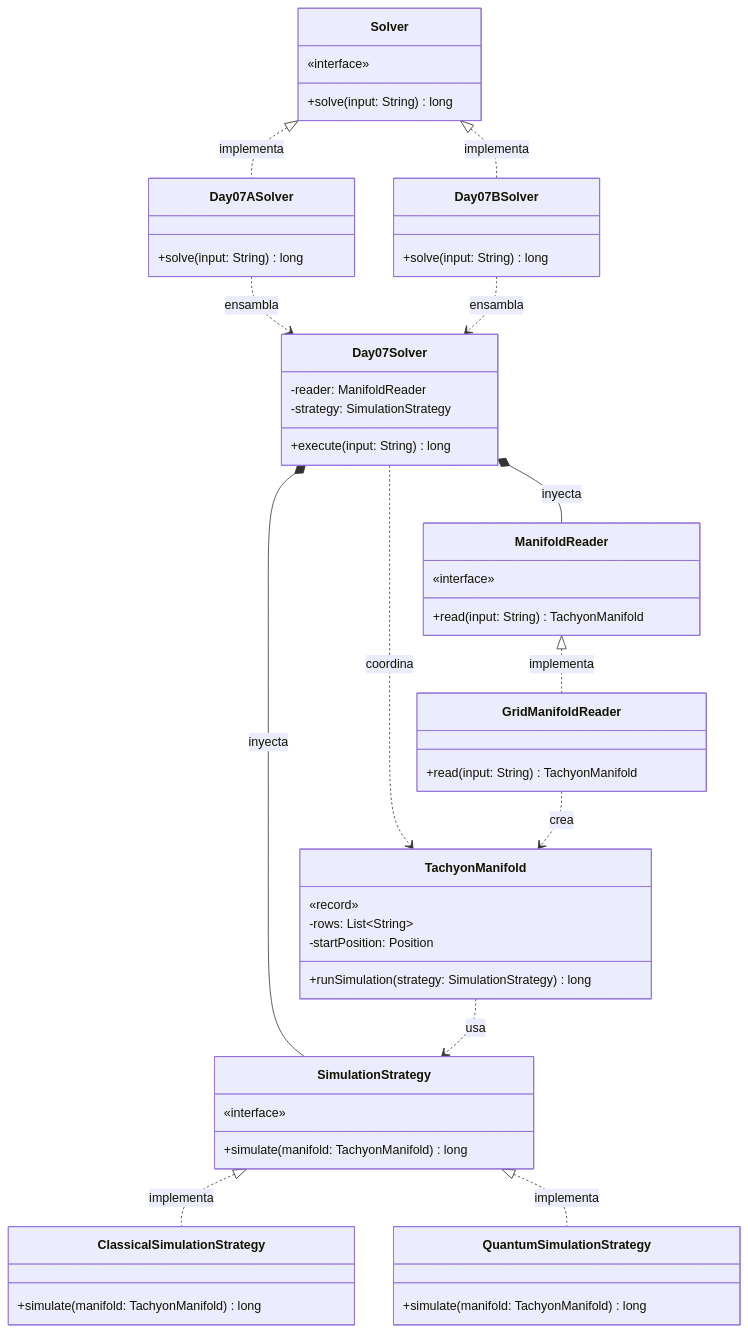
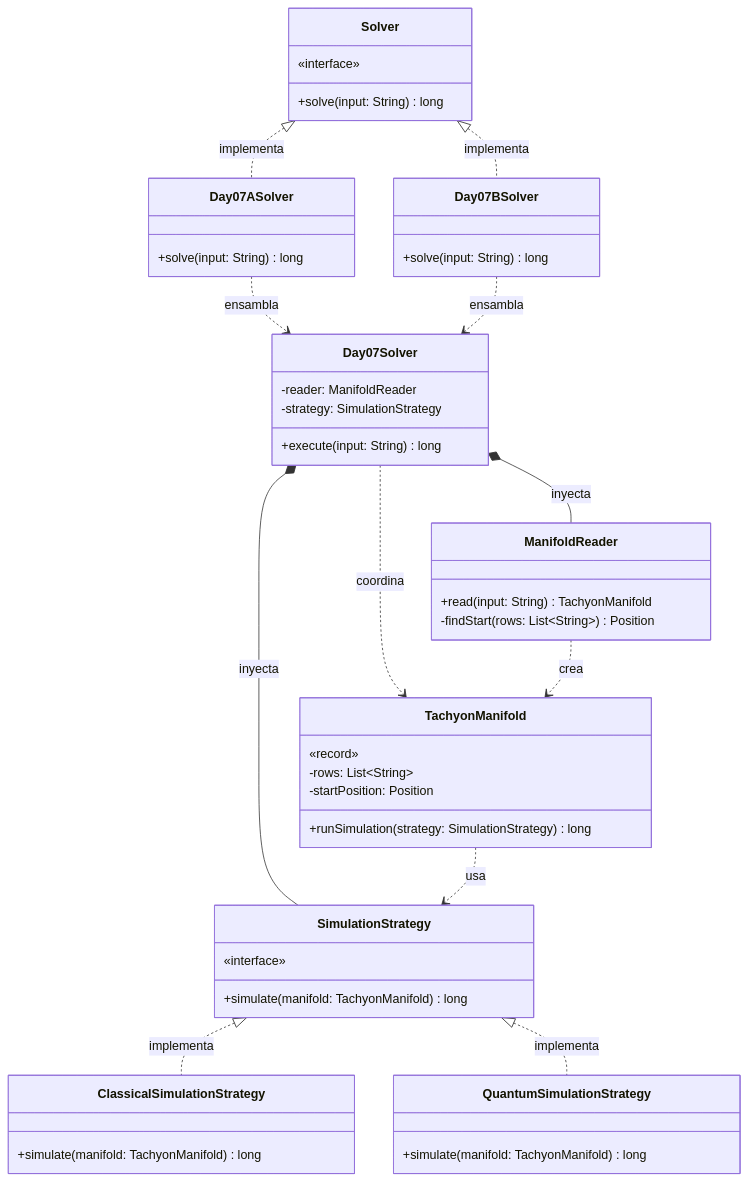
The diagram in src/main/java/software/aoc/day07/README.md (ivanperezdiaz829/AoC2025), drawn with Mermaid before and after one commit. The commit also changed 1 other file, not shown here.

Commit message:
Minnor README fix

````diff
--- a/src/main/java/software/aoc/day07/README.md
+++ b/src/main/java/software/aoc/day07/README.md
@@ -35,68 +35,63 @@
 ```mermaid
 classDiagram
-    class Solver {
-        «interface»
-        +solve(input: String) long
-    }
+  class Solver {
+    «interface»
+    +solve(input: String) long
+  }
 
-    class Day07ASolver {
-        +solve(input: String) long
-    }
-    
-    class Day07BSolver {
-        +solve(input: String) long
-    }
+  class Day07ASolver {
+    +solve(input: String) long
+  }
 
-    class Day07Solver {
-        -reader: ManifoldReader
-        -strategy: SimulationStrategy
-        +execute(input: String) long
-    }
+  class Day07BSolver {
+    +solve(input: String) long
+  }
 
-    class TachyonManifold {
-        «record»
-        -rows: List~String~
-        -startPosition: Position
-        +runSimulation(strategy: SimulationStrategy) long
-    }
+  class Day07Solver {
+    -reader: ManifoldReader
+    -strategy: SimulationStrategy
+    +execute(input: String) long
+  }
 
-    class SimulationStrategy {
-        «interface»
-        +simulate(manifold: TachyonManifold) long
-    }
-    
-    class ClassicalSimulationStrategy {
-        +simulate(manifold: TachyonManifold) long
-    }
-    
-    class QuantumSimulationStrategy {
-        +simulate(manifold: TachyonManifold) long
-    }
+  class TachyonManifold {
+    «record»
+    -rows: List~String~
+    -startPosition: Position
+    +runSimulation(strategy: SimulationStrategy) long
+  }
 
-    class ManifoldReader {
-        «interface»
-        +read(input: String) TachyonManifold
-    }
+  class SimulationStrategy {
+    «interface»
+    +simulate(manifold: TachyonManifold) long
+  }
 
-    class GridManifoldReader {
-        +read(input: String) TachyonManifold
-    }
+  class ClassicalSimulationStrategy {
+    +simulate(manifold: TachyonManifold) long
+  }
+
+  class QuantumSimulationStrategy {
+    +simulate(manifold: TachyonManifold) long
+  }
+
+  class ManifoldReader {
+    +read(input: String) TachyonManifold
+    -findStart(rows: List~String~) Position
+  }
 
 %% Relaciones de Implementación
-    Solver <|.. Day07ASolver : implementa
-    Solver <|.. Day07BSolver : implementa
-    SimulationStrategy <|.. ClassicalSimulationStrategy : implementa
-    SimulationStrategy <|.. QuantumSimulationStrategy : implementa
-    ManifoldReader <|.. GridManifoldReader : implementa
+  Solver <|.. Day07ASolver : implementa
+  Solver <|.. Day07BSolver : implementa
+  SimulationStrategy <|.. ClassicalSimulationStrategy : implementa
+  SimulationStrategy <|.. QuantumSimulationStrategy : implementa
 
 %% Relaciones de Ensamblaje e Inyección
-    Day07ASolver ..> Day07Solver : ensambla
-    Day07BSolver ..> Day07Solver : ensambla
-    Day07Solver *-- ManifoldReader : inyecta
-    Day07Solver *-- SimulationStrategy : inyecta
+  Day07ASolver ..> Day07Solver : ensambla
+  Day07BSolver ..> Day07Solver : ensambla
+  Day07Solver *-- ManifoldReader : inyecta
+  Day07Solver *-- SimulationStrategy : inyecta
 
 %% Relaciones de Dominio
-    Day07Solver ..> TachyonManifold : coordina
-    TachyonManifold ..> SimulationStrategy : usa
-    GridManifoldReader ..> TachyonManifold : crea
+  Day07Solver ..> TachyonManifold : coordina
+  TachyonManifold ..> SimulationStrategy : usa
+  ManifoldReader ..> TachyonManifold : crea
 ```
````
